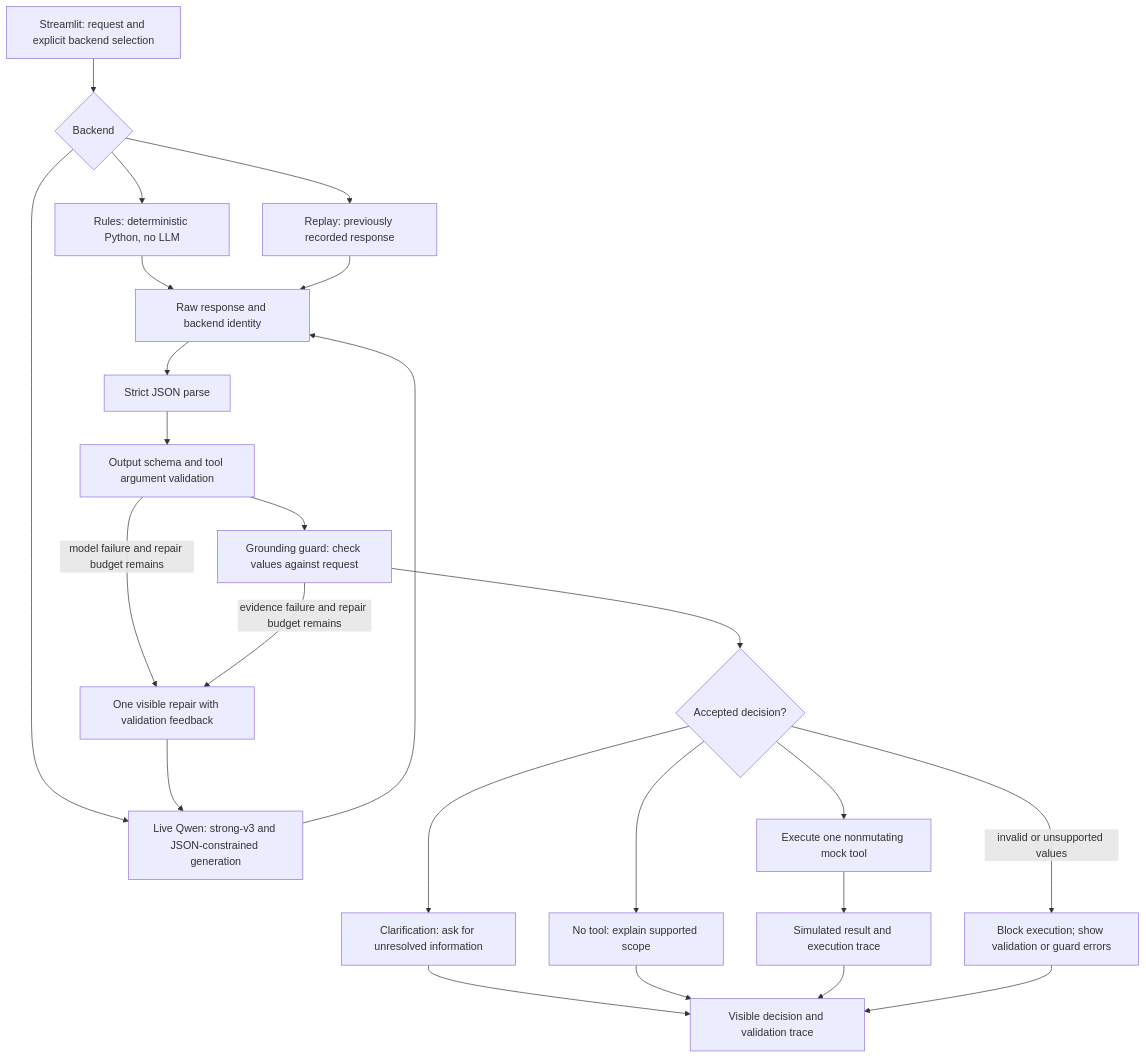
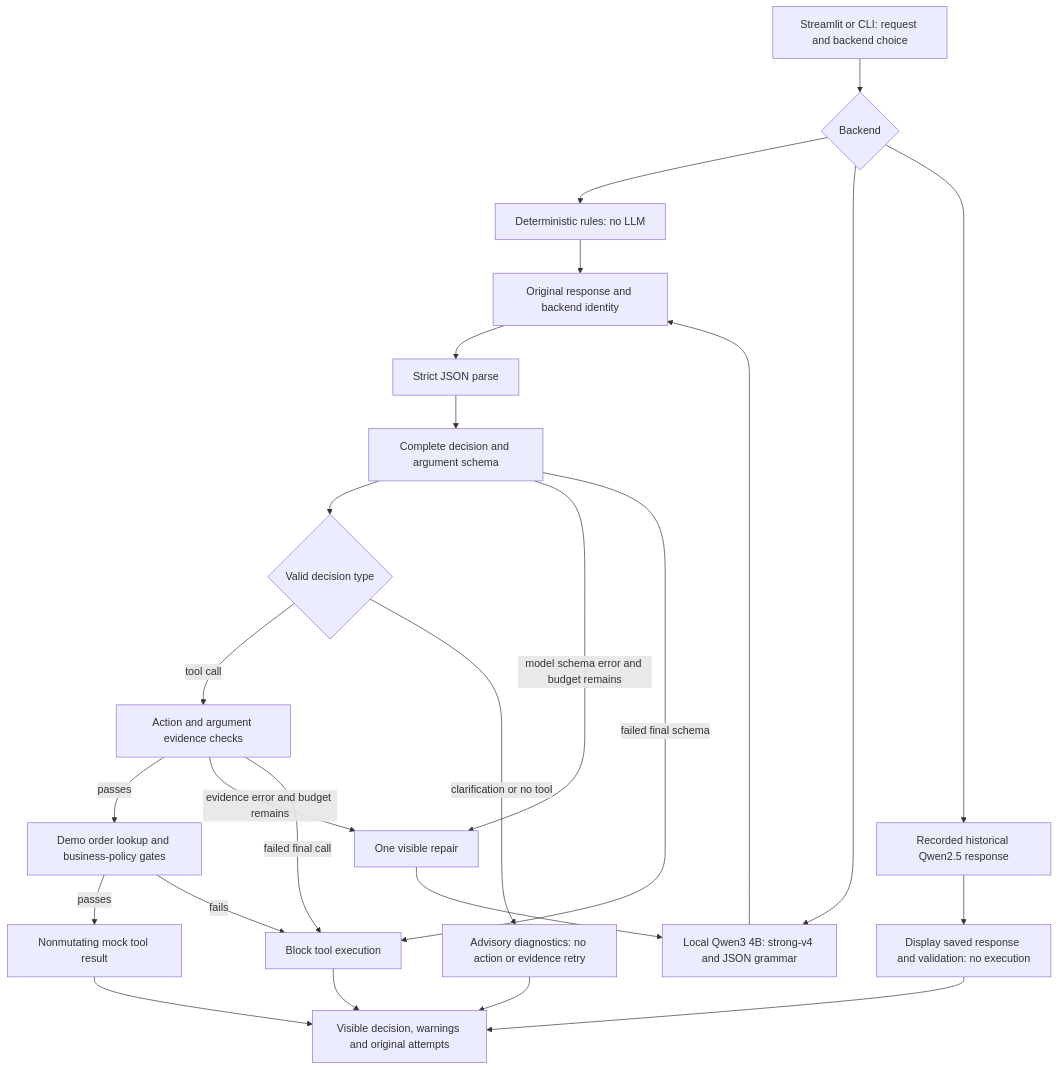
Before and after one commit to manjunadhgude/TuneBench: the first of 2 diagrams in docs/architecture.md, drawn with Mermaid. The commit also changed other lines of this file and 35 other files, not shown here.

Commit message:
Preserve completed model comparison and intermediate quality evidence

````diff
--- a/docs/architecture.md
+++ b/docs/architecture.md
@@ -10,26 +9,27 @@
 ```mermaid
 flowchart TD
-    UI[Streamlit: request and explicit backend selection] --> Router{Backend}
-    Router --> Rules[Rules: deterministic Python, no LLM]
-    Router --> Qwen[Live Qwen: strong-v3 and JSON-constrained generation]
-    Router --> Replay[Replay: previously recorded response]
-    Rules --> Raw[Raw response and backend identity]
+    UI[Streamlit or CLI: request and backend choice] --> Router{Backend}
+    Router --> Rules[Deterministic rules: no LLM]
+    Router --> Qwen[Local Qwen3 4B: strong-v4 and JSON grammar]
+    Router --> Replay[Recorded historical Qwen2.5 response]
+    Rules --> Raw[Original response and backend identity]
     Qwen --> Raw
-    Replay --> Raw
+    Replay --> Recorded[Display saved response and validation: no execution]
+    Recorded --> Trace
     Raw --> Parse[Strict JSON parse]
-    Parse --> Validate[Output schema and tool argument validation]
-    Validate --> Ground[Grounding guard: check values against request]
-    Ground --> Decision{Accepted decision?}
-    Validate -->|model failure and repair budget remains| Repair[One visible repair with validation feedback]
-    Ground -->|evidence failure and repair budget remains| Repair
+    Parse --> Validate[Complete decision and argument schema]
+    Validate --> Kind{Valid decision type}
+    Validate -->|model schema error and budget remains| Repair[One visible repair]
+    Kind -->|tool call| Ground[Action and argument evidence checks]
+    Kind -->|clarification or no tool| Advisory[Advisory diagnostics: no action or evidence retry]
+    Ground -->|passes| Policy[Demo order lookup and business-policy gates]
+    Ground -->|evidence error and budget remains| Repair
     Repair --> Qwen
-    Decision --> Clarify[Clarification: ask for unresolved information]
-    Decision --> None[No tool: explain supported scope]
-    Decision --> Execute[Execute one nonmutating mock tool]
-    Execute --> Result[Simulated result and execution trace]
-    Clarify --> Trace[Visible decision and validation trace]
-    None --> Trace
-    Result --> Trace
-    Decision -->|invalid or unsupported values| Block[Block execution; show validation or guard errors]
+    Ground -->|failed final call| Block[Block tool execution]
+    Validate -->|failed final schema| Block
+    Policy -->|passes| Execute[Nonmutating mock tool result]
+    Policy -->|fails| Block
+    Advisory --> Trace[Visible decision, warnings and original attempts]
+    Execute --> Trace
     Block --> Trace
 ```
````
